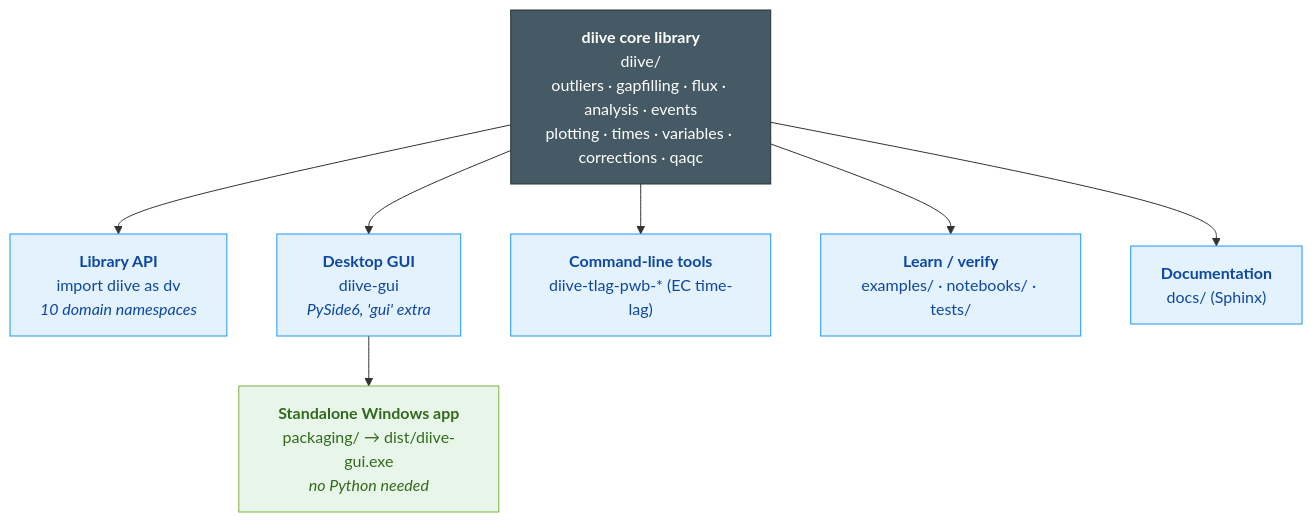
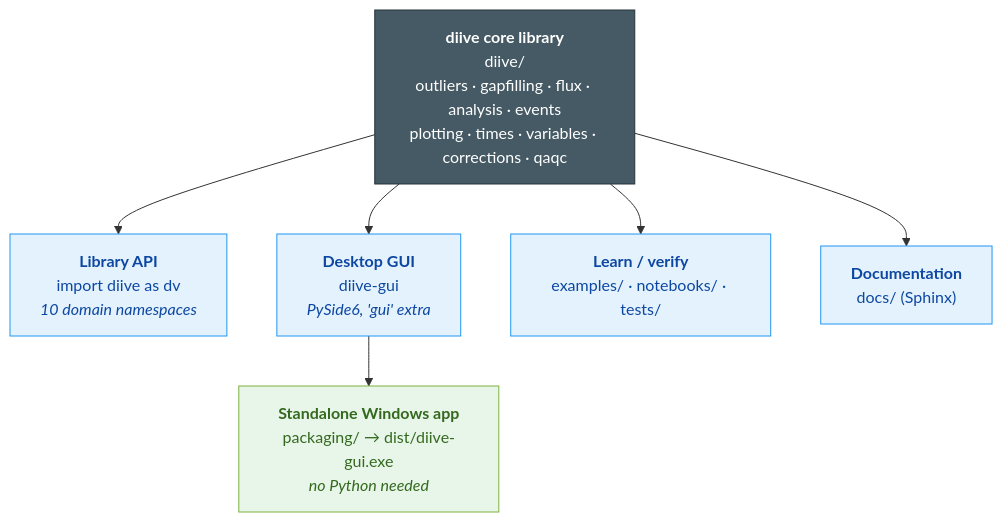
The diagram in OVERVIEW.md (holukas/diive), drawn with Mermaid before and after one commit. The commit also changed other lines of this file and 13 other files, not shown here.

````diff
--- a/OVERVIEW.md
+++ b/OVERVIEW.md
@@ -10,19 +10,18 @@
 ```mermaid
 flowchart TD
     core["<b>diive core library</b><br/>diive/<br/>outliers · gapfilling · flux · analysis · events<br/>plotting · times · variables · corrections · qaqc"]
 
     core --> lib["<b>Library API</b><br/>import diive as dv<br/><i>10 domain namespaces</i>"]
     core --> gui["<b>Desktop GUI</b><br/>diive-gui<br/><i>PySide6, 'gui' extra</i>"]
-    core --> cli["<b>Command-line tools</b><br/>diive-tlag-pwb-* (EC time-lag)"]
     core --> learn["<b>Learn / verify</b><br/>examples/ · notebooks/ · tests/"]
     core --> docs["<b>Documentation</b><br/>docs/ (Sphinx)"]
 
     gui --> exe["<b>Standalone Windows app</b><br/>packaging/ → dist/diive-gui.exe<br/><i>no Python needed</i>"]
 
     classDef root fill:#455A64,stroke:#263238,color:#fff;
     classDef surface fill:#E3F2FD,stroke:#2196F3,color:#0D47A1;
     classDef ship fill:#E8F5E9,stroke:#7CB342,color:#33691E;
     class core root;
-    class lib,gui,cli,learn,docs surface;
+    class lib,gui,learn,docs surface;
     class exe ship;
 ```
````
